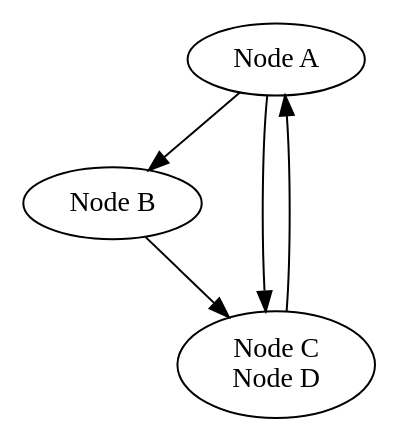
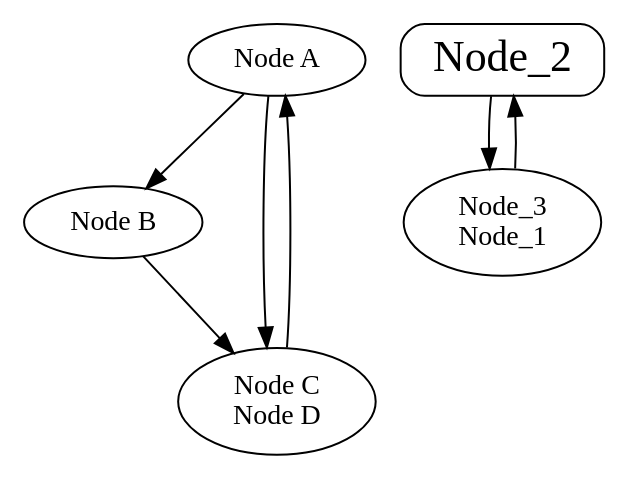
The diagram in result/1_updated.dot (meysamkhazaee/dot_parser), drawn with Graphviz before and after one commit. The commit also changed 7 other files, not shown here.

```diff
--- a/result/1_updated.dot
+++ b/result/1_updated.dot
@@ -1,9 +1,17 @@
 digraph G {
 A [label="Node A"];
 B [label="Node B"];
 A -> B;
+subgraph "sub_graph" {
+label="sub_graph";
+Node_2 [shape=Mrecord, fontsize=22, label="Node_2"];
+Node_3_Node_1 [label="Node_3\nNode_1"];
+Node_3_Node_1 -> Node_2;
+Node_2 -> Node_3_Node_1;
+}
+
 C_D [label="Node C\nNode D"];
 C_D -> A;
 A -> C_D;
 B -> C_D;
 }
```
